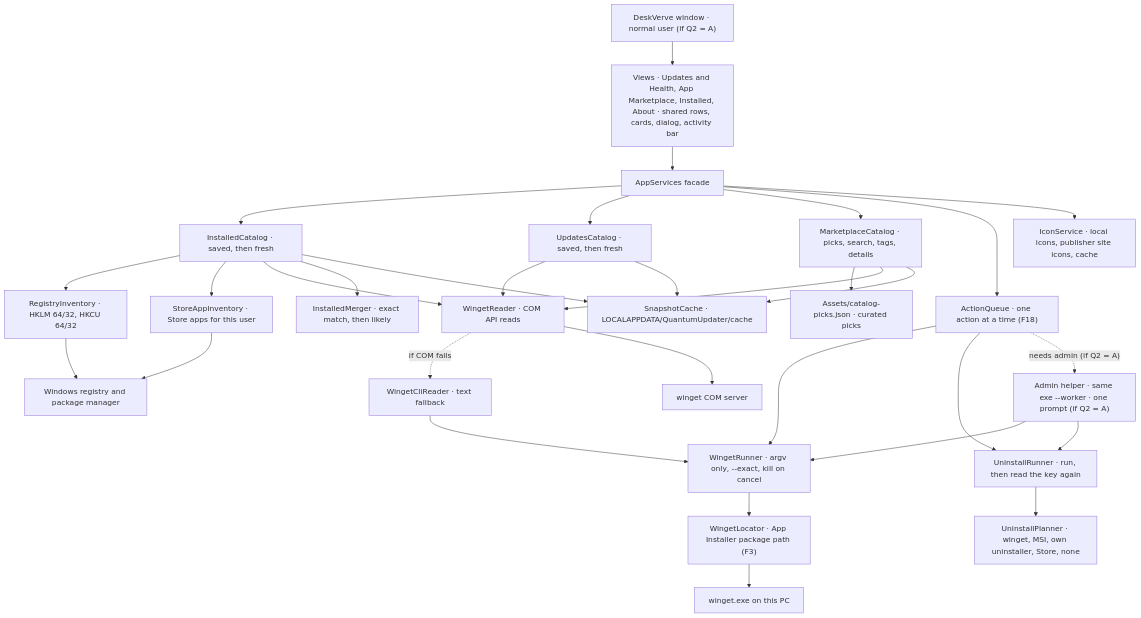
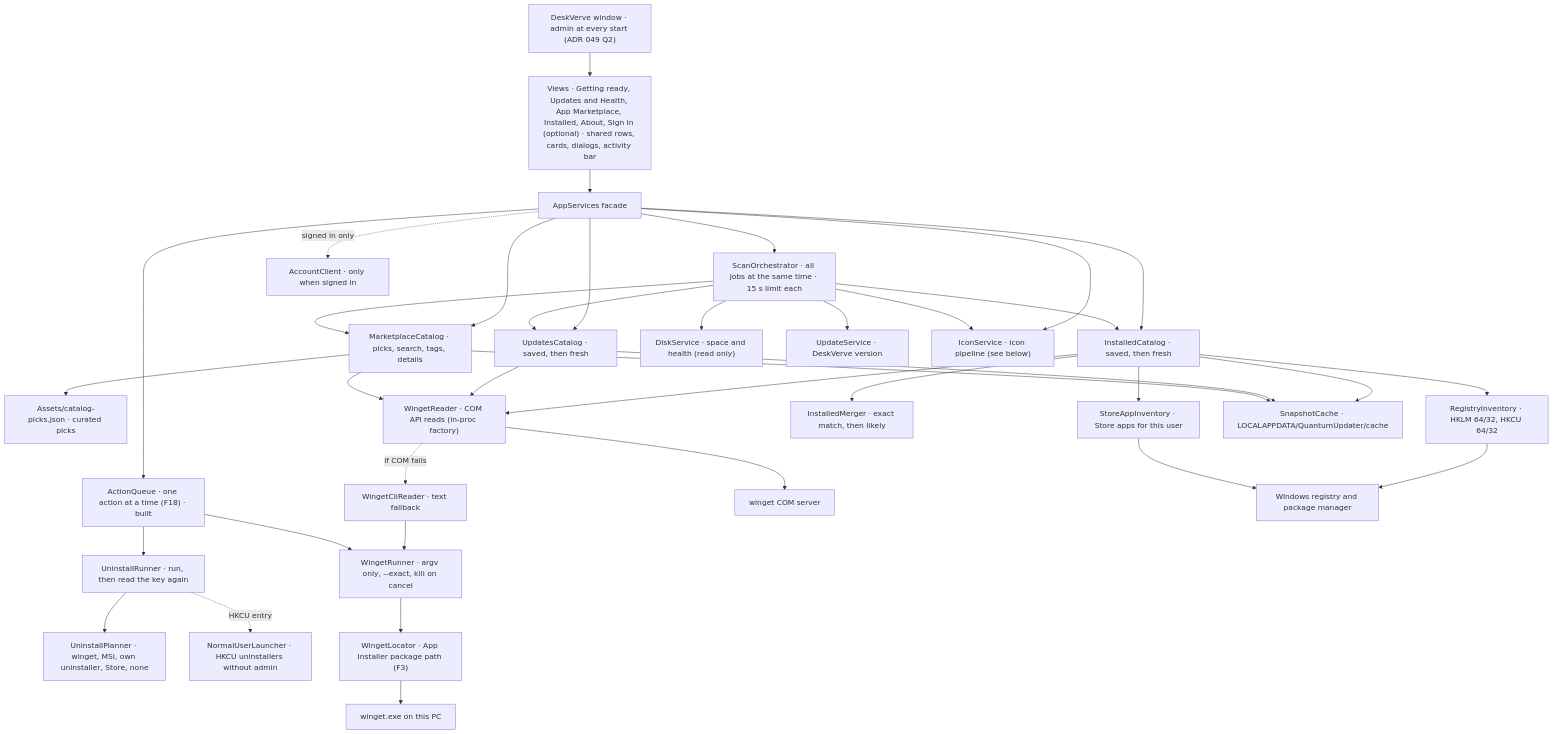
One commit to merchanthasan2/AudoChocolatey changed the third of 7 diagrams in docs/ARCHITECTURE.md. Above: the diagram before and after it, drawn with Mermaid. The commit also changed other lines of this file and 4 other files, not shown here.

Commit message:
docs: Phase 46 plan per ADR 049, scan mockup, COM spike run 2

````diff
--- a/docs/ARCHITECTURE.md
+++ b/docs/ARCHITECTURE.md
@@ -133,57 +133,67 @@
 ```mermaid
 flowchart TD
-  exe["DeskVerve window · normal user (if Q2 = A)"]
-  views["Views · Updates and Health, App Marketplace, Installed, About · shared rows, cards, dialog, activity bar"]
+  exe["DeskVerve window · admin at every start (ADR 049 Q2)"]
+  views["Views · Getting ready, Updates and Health, App Marketplace, Installed, About, Sign in (optional) · shared rows, cards, dialogs, activity bar"]
   facade["AppServices facade"]
-  queue["ActionQueue · one action at a time (F18)"]
+  scan["ScanOrchestrator · all jobs at the same time · 15 s limit each"]
+  queue["ActionQueue · one action at a time (F18) · built"]
   inst["InstalledCatalog · saved, then fresh"]
   upd["UpdatesCatalog · saved, then fresh"]
   mkt["MarketplaceCatalog · picks, search, tags, details"]
   picks["Assets/catalog-picks.json · curated picks"]
+  disk["DiskService · space and health (read only)"]
+  self["UpdateService · DeskVerve version"]
   reg["RegistryInventory · HKLM 64/32, HKCU 64/32"]
   store["StoreAppInventory · Store apps for this user"]
   merge["InstalledMerger · exact match, then likely"]
   plan["UninstallPlanner · winget, MSI, own uninstaller, Store, none"]
   urun["UninstallRunner · run, then read the key again"]
-  reader["WingetReader · COM API reads"]
+  normal["NormalUserLauncher · HKCU uninstallers without admin"]
+  reader["WingetReader · COM API reads (in-proc factory)"]
   cli["WingetCliReader · text fallback"]
   runner["WingetRunner · argv only, --exact, kill on cancel"]
   locator["WingetLocator · App Installer package path (F3)"]
   cache["SnapshotCache · LOCALAPPDATA/QuantumUpdater/cache"]
-  icons["IconService · local icons, publisher site icons, cache"]
-  worker["Admin helper · same exe --worker · one prompt (if Q2 = A)"]
+  icons["IconService · icon pipeline (see below)"]
+  acct["AccountClient · only when signed in"]
   com["winget COM server"]
   pc["winget.exe on this PC"]
   win["Windows registry and package manager"]
 
   exe --> views
   views --> facade
+  facade --> scan
   facade --> inst
   facade --> upd
   facade --> mkt
   facade --> queue
   facade --> icons
+  facade -. "signed in only" .-> acct
+  scan --> upd
+  scan --> inst
+  scan --> mkt
+  scan --> icons
+  scan --> disk
+  scan --> self
   inst --> reg
   inst --> store
   inst --> reader
   inst --> merge
   inst --> cache
   upd --> reader
   upd --> cache
   mkt --> picks
   mkt --> reader
   mkt --> cache
   reader -. "if COM fails" .-> cli
   cli --> runner
   reader --> com
   reg --> win
   store --> win
   queue --> runner
   queue --> urun
   urun --> plan
-  queue -. "needs admin (if Q2 = A)" .-> worker
-  worker --> runner
-  worker --> urun
+  urun -. "HKCU entry" .-> normal
   runner --> locator
   locator --> pc
 ```
````
